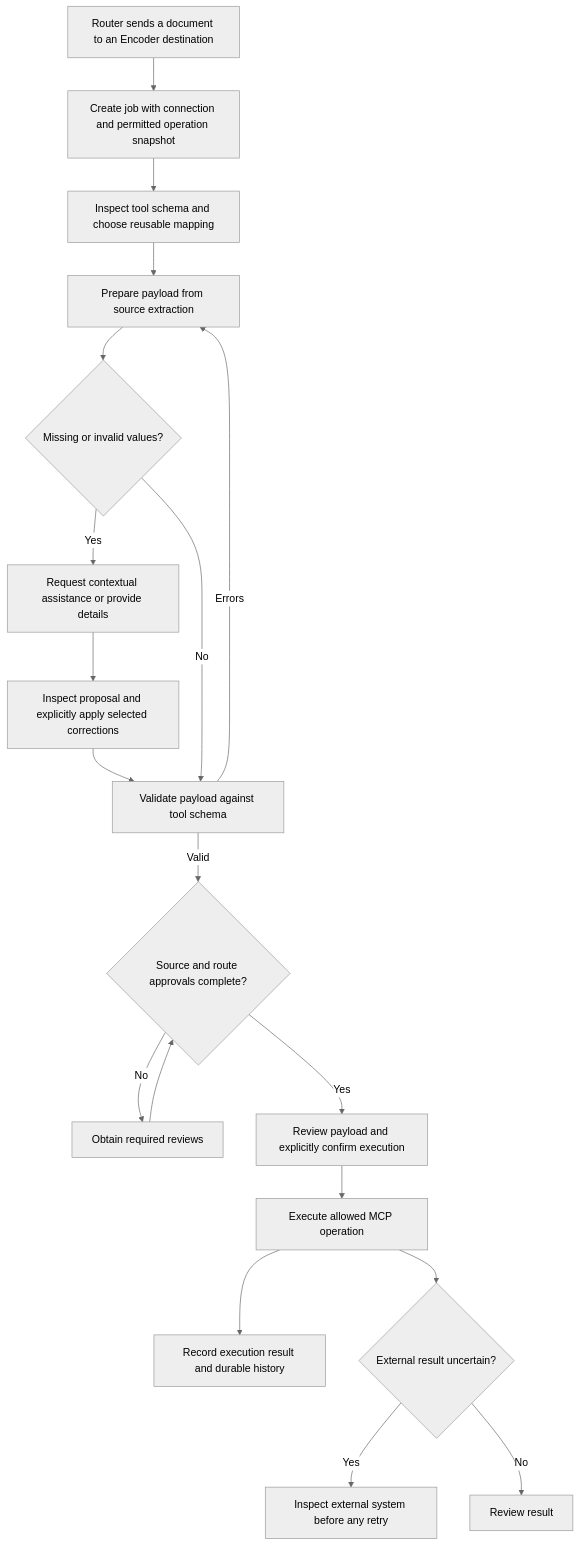
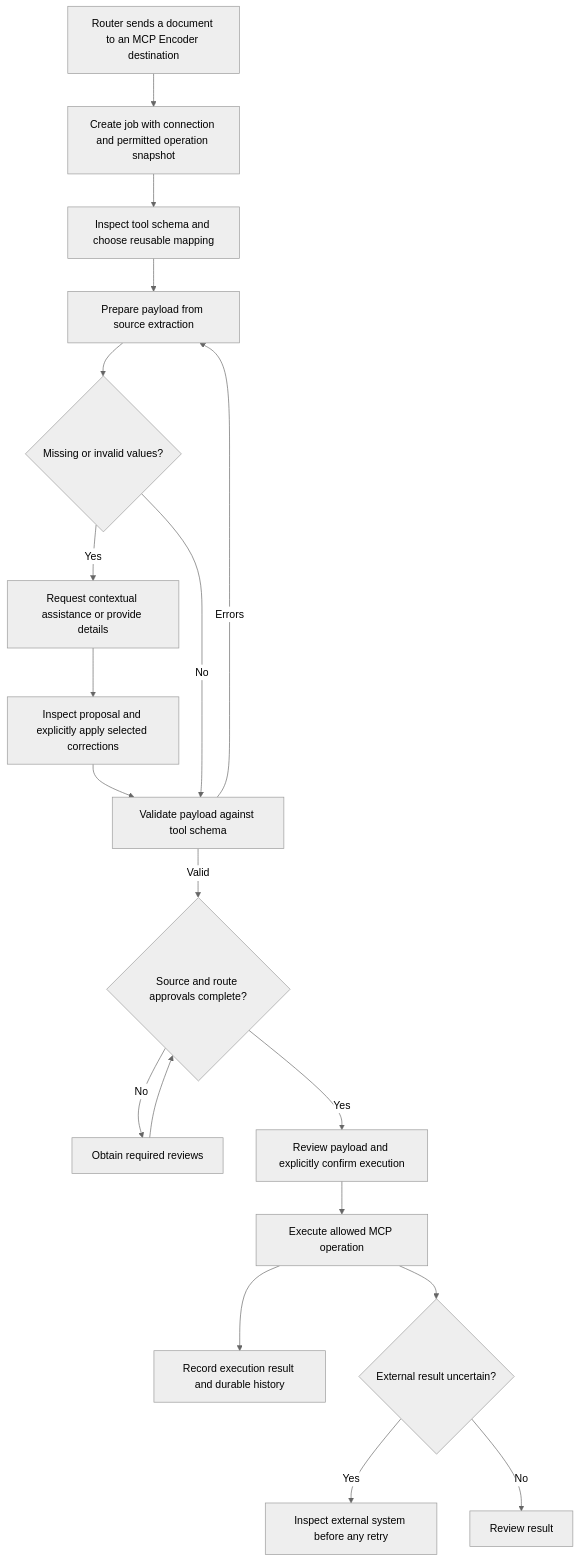
One commit to dindog18/auditcounter changed the eighth of 8 diagrams in docs/auditcounter-functional-flow.md. Above: the diagram before and after it, drawn with Mermaid (neutral theme). The commit also changed other lines of this file and 42 other files, not shown here.

````diff
--- a/docs/auditcounter-functional-flow.md
+++ b/docs/auditcounter-functional-flow.md
@@ -235,21 +235,21 @@
 ```mermaid
 flowchart TD
-    Route[Router sends a document to an Encoder destination] --> Job[Create job with connection and permitted operation snapshot]
+    Route[Router sends a document to an MCP Encoder destination] --> Job[Create job with connection and permitted operation snapshot]
     Job --> Discover[Inspect tool schema and choose reusable mapping]
     Discover --> Draft[Prepare payload from source extraction]
     Draft --> Missing{Missing or invalid values?}
     Missing -->|Yes| Assist[Request contextual assistance or provide details]
     Assist --> ReviewProposal[Inspect proposal and explicitly apply selected corrections]
     ReviewProposal --> Validate[Validate payload against tool schema]
     Missing -->|No| Validate
     Validate -->|Errors| Draft
     Validate -->|Valid| Approval{Source and route approvals complete?}
     Approval -->|No| Wait[Obtain required reviews]
     Wait --> Approval
     Approval -->|Yes| Confirm[Review payload and explicitly confirm execution]
     Confirm --> MCP[Execute allowed MCP operation]
     MCP --> History[Record execution result and durable history]
     MCP --> Unknown{External result uncertain?}
     Unknown -->|Yes| Reconcile[Inspect external system before any retry]
     Unknown -->|No| Done[Review result]
 ```
````
